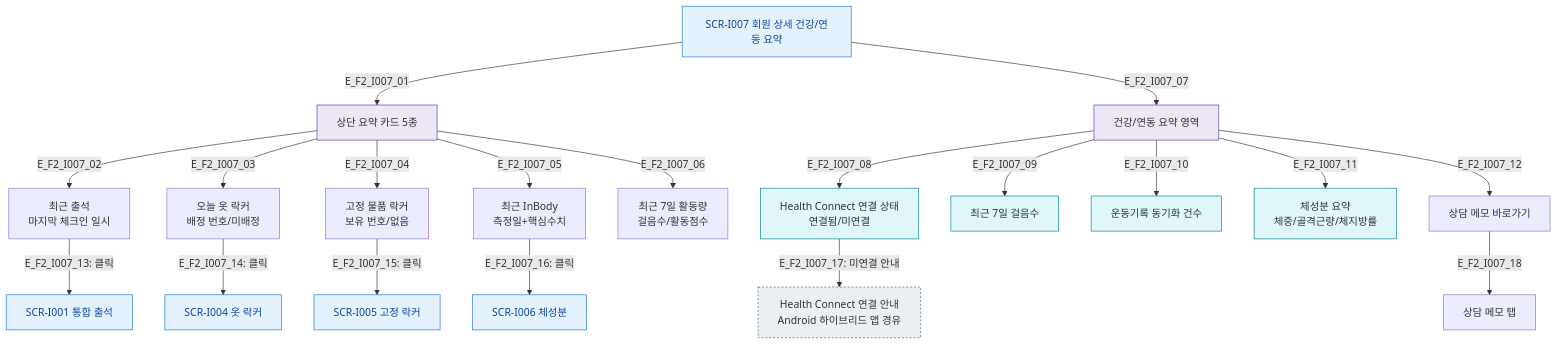
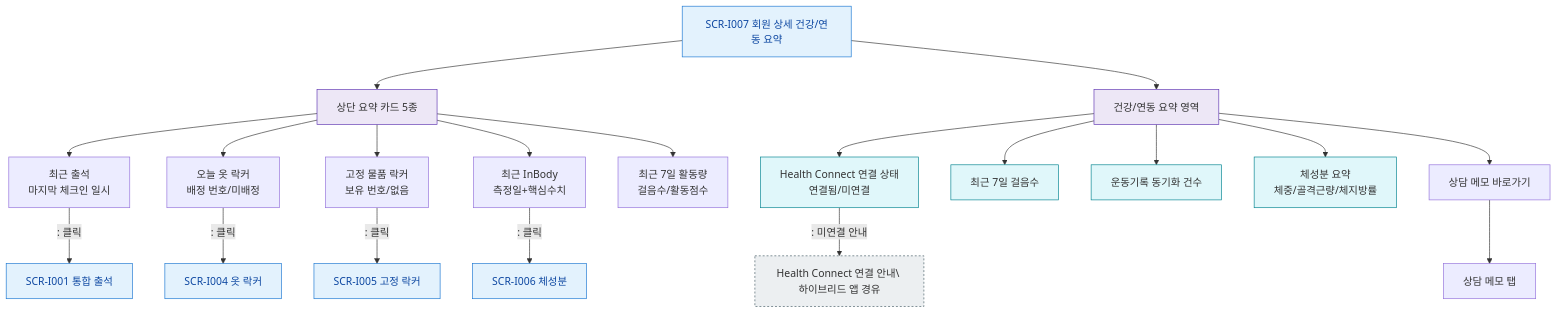
The diagram in docs/다이어그램/D11_통합운영/SCR-I007_회원건강연동요약/F2_메인.md (dev-spogym/admin-pando), drawn with Mermaid before and after one commit. The commit also changed other lines of this file and 1660 other files, not shown here.

First line of the commit message:
다이어그램: 기획자/클라이언트 납품본으로 정리

````diff
--- a/docs/다이어그램/D11_통합운영/SCR-I007_회원건강연동요약/F2_메인.md
+++ b/docs/다이어그램/D11_통합운영/SCR-I007_회원건강연동요약/F2_메인.md
@@ -19,33 +17,33 @@
 ```mermaid
 flowchart TD
-    SCR_I007[SCR-I007 회원 상세 건강/연동 요약] -->|E_F2_I007_01| CARDS[상단 요약 카드 5종]
+    SCR_I007[SCR-I007 회원 상세 건강/연동 요약] --> CARDS[상단 요약 카드 5종]
 
-    CARDS -->|E_F2_I007_02| CARD_ATT[최근 출석\n마지막 체크인 일시]
-    CARDS -->|E_F2_I007_03| CARD_LOCKER[오늘 옷 락커\n배정 번호/미배정]
-    CARDS -->|E_F2_I007_04| CARD_FIXED[고정 물품 락커\n보유 번호/없음]
-    CARDS -->|E_F2_I007_05| CARD_INBODY[최근 InBody\n측정일+핵심수치]
-    CARDS -->|E_F2_I007_06| CARD_ACTIVITY[최근 7일 활동량\n걸음수/활동점수]
+    CARDS --> CARD_ATT[최근 출석\n마지막 체크인 일시]
+    CARDS --> CARD_LOCKER[오늘 옷 락커\n배정 번호/미배정]
+    CARDS --> CARD_FIXED[고정 물품 락커\n보유 번호/없음]
+    CARDS --> CARD_INBODY[최근 InBody\n측정일+핵심수치]
+    CARDS --> CARD_ACTIVITY[최근 7일 활동량\n걸음수/활동점수]
 
-    SCR_I007 -->|E_F2_I007_07| SECTION_HEALTH[건강/연동 요약 영역]
-    SECTION_HEALTH -->|E_F2_I007_08| HC_STATUS[Health Connect 연결 상태\n연결됨/미연결]
-    SECTION_HEALTH -->|E_F2_I007_09| STEPS_7D[최근 7일 걸음수]
-    SECTION_HEALTH -->|E_F2_I007_10| SYNC_COUNT[운동기록 동기화 건수]
-    SECTION_HEALTH -->|E_F2_I007_11| INBODY_SUMMARY[체성분 요약\n체중/골격근량/체지방률]
-    SECTION_HEALTH -->|E_F2_I007_12| MEMO_LINK[상담 메모 바로가기]
+    SCR_I007 --> SECTION_HEALTH[건강/연동 요약 영역]
+    SECTION_HEALTH --> HC_STATUS[Health Connect 연결 상태\n연결됨/미연결]
+    SECTION_HEALTH --> STEPS_7D[최근 7일 걸음수]
+    SECTION_HEALTH --> SYNC_COUNT[운동기록 동기화 건수]
+    SECTION_HEALTH --> INBODY_SUMMARY[체성분 요약\n체중/골격근량/체지방률]
+    SECTION_HEALTH --> MEMO_LINK[상담 메모 바로가기]
 
-    CARD_ATT -->|"E_F2_I007_13: 클릭"| SCR_I001[SCR-I001 통합 출석]
-    CARD_LOCKER -->|"E_F2_I007_14: 클릭"| SCR_I004[SCR-I004 옷 락커]
-    CARD_FIXED -->|"E_F2_I007_15: 클릭"| SCR_I005[SCR-I005 고정 락커]
-    CARD_INBODY -->|"E_F2_I007_16: 클릭"| SCR_I006[SCR-I006 체성분]
-    HC_STATUS -->|"E_F2_I007_17: 미연결 안내"| HC_GUIDE[Health Connect 연결 안내\nAndroid 하이브리드 앱 경유]
-    MEMO_LINK -->|E_F2_I007_18| MEMO_TAB[상담 메모 탭]
+    CARD_ATT -->|": 클릭"|SCR_I001[SCR-I001 통합 출석]
+    CARD_LOCKER -->|": 클릭"|SCR_I004[SCR-I004 옷 락커]
+    CARD_FIXED -->|": 클릭"|SCR_I005[SCR-I005 고정 락커]
+    CARD_INBODY -->|": 클릭"|SCR_I006[SCR-I006 체성분]
+    HC_STATUS -->|": 미연결 안내"|HC_GUIDE[Health Connect 연결 안내\ 하이브리드 앱 경유]
+    MEMO_LINK --> MEMO_TAB[상담 메모 탭]
 
-    classDef screen       fill:#E3F2FD,stroke:#1976D2,color:#0D47A1
-    classDef external     fill:#ECEFF1,stroke:#455A64,stroke-dasharray:3 3
-    classDef system       fill:#EDE7F6,stroke:#5E35B2
-    classDef info         fill:#E0F7FA,stroke:#00838F
+    classDef screen fill:#E3F2FD,stroke:#1976D2,color:#0D47A1
+    classDef external fill:#ECEFF1,stroke:#455A64,stroke-dasharray:3 3
+    classDef system fill:#EDE7F6,stroke:#5E35B2
+    classDef info fill:#E0F7FA,stroke:#00838F
     class SCR_I007,SCR_I001,SCR_I004,SCR_I005,SCR_I006 screen
     class HC_GUIDE external
     class CARDS,SECTION_HEALTH system
     class HC_STATUS,STEPS_7D,SYNC_COUNT,INBODY_SUMMARY info
 ```
````
